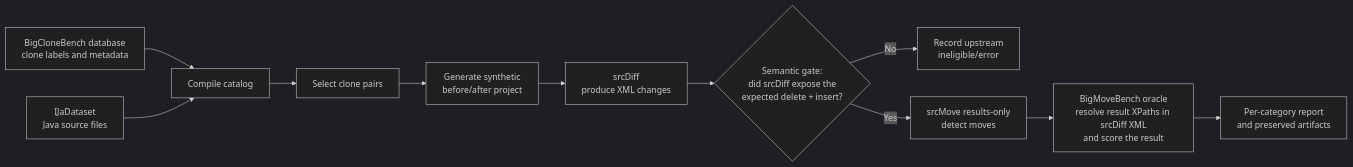
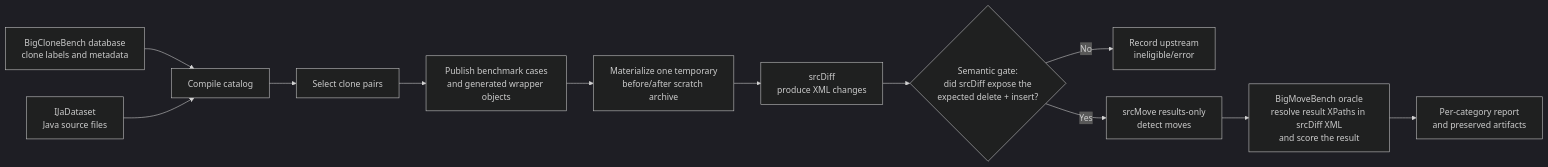
One commit to NickStafford2/srcMove changed the diagram in bigMoveBench/docs/diagram.md. Above: the diagram before and after it, drawn with Mermaid (dark theme). The commit also changed 6 other files, not shown here.

````diff
--- a/bigMoveBench/docs/diagram.md
+++ b/bigMoveBench/docs/diagram.md
@@ -1,13 +1,14 @@
 ```mermaid
 flowchart LR
     A["BigCloneBench database<br/>clone labels and metadata"] --> C["Compile catalog"]
     B["IJaDataset<br/>Java source files"] --> C
     C --> D["Select clone pairs"]
-    D --> E["Generate synthetic<br/>before/after project"]
-    E --> F["srcDiff<br/>produce XML changes"]
-    F --> G{"Semantic gate:<br/>did srcDiff expose the<br/>expected delete + insert?"}
-    G -->|No| H["Record upstream<br/>ineligible/error"]
-    G -->|Yes| I["srcMove results-only<br/>detect moves"]
-    I --> J["BigMoveBench oracle<br/>resolve result XPaths in srcDiff XML<br/>and score the result"]
-    J --> K["Per-category report<br/>and preserved artifacts"]
+    D --> E["Publish benchmark cases<br/>and generated wrapper objects"]
+    E --> F["Materialize one temporary<br/>before/after scratch archive"]
+    F --> G["srcDiff<br/>produce XML changes"]
+    G --> H{"Semantic gate:<br/>did srcDiff expose the<br/>expected delete + insert?"}
+    H -->|No| I["Record upstream<br/>ineligible/error"]
+    H -->|Yes| J["srcMove results-only<br/>detect moves"]
+    J --> K["BigMoveBench oracle<br/>resolve result XPaths in srcDiff XML<br/>and score the result"]
+    K --> L["Per-category report<br/>and preserved artifacts"]
 ```
````
